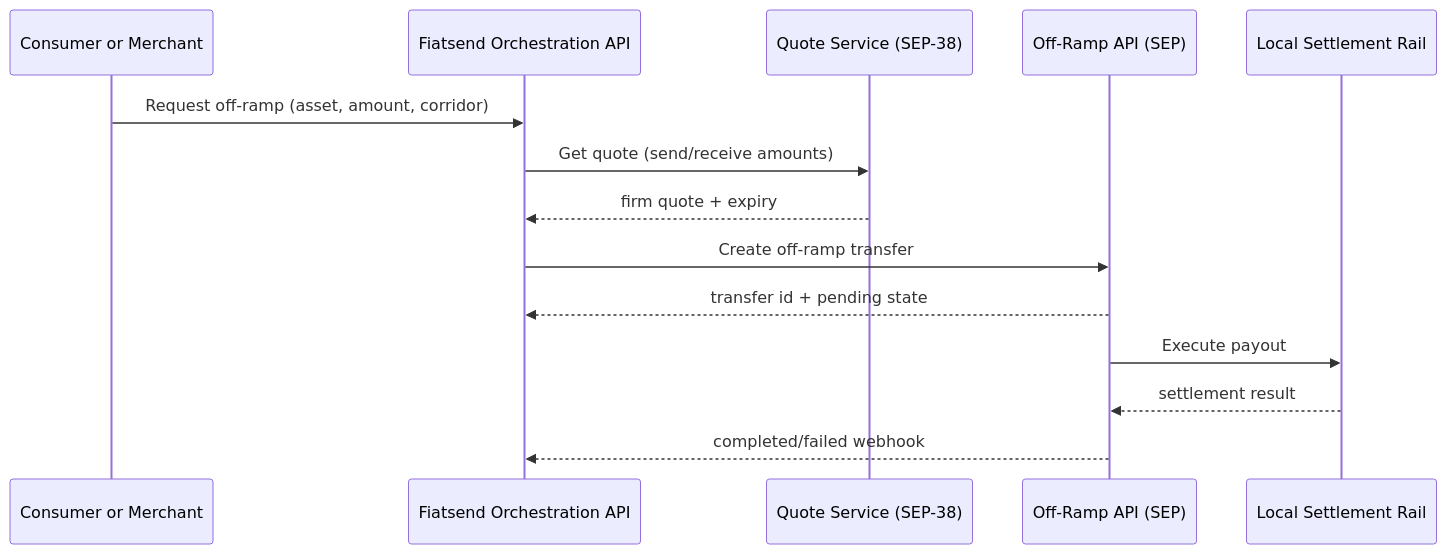
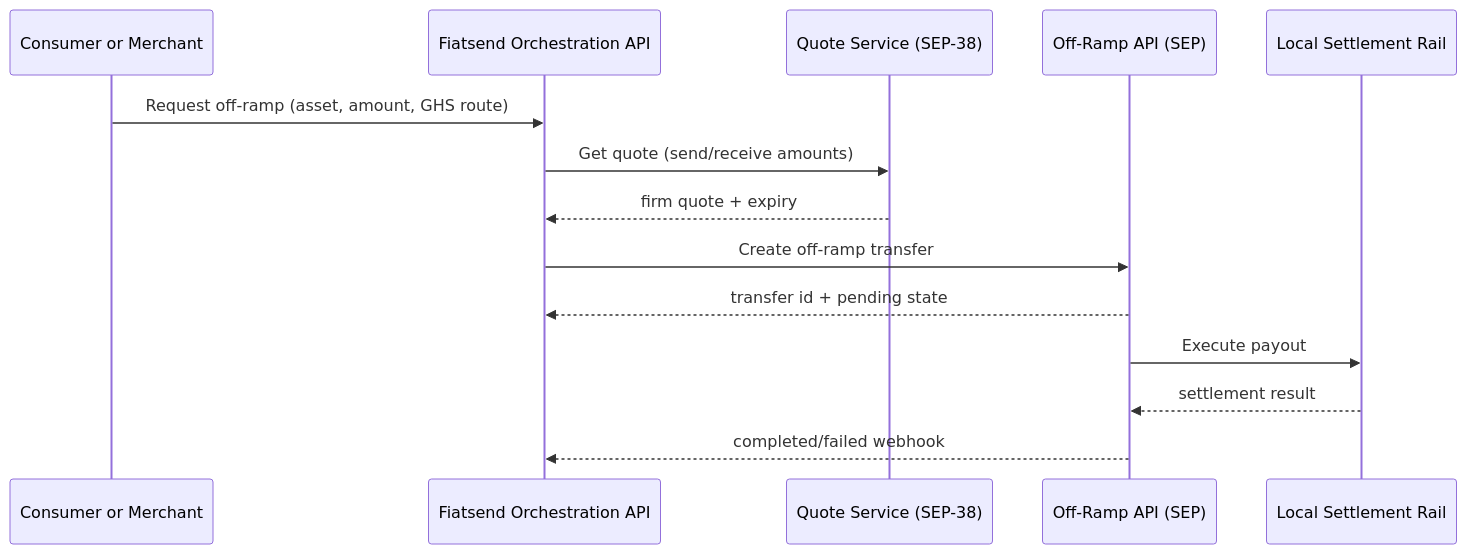
The second of 17 diagrams in Fiatsend-Technical-Architecture-SCF43-Integration.md (fiatsend/techical-achitecture), drawn with Mermaid before and after one commit. The commit also changed other lines of this file, not shown here.

````diff
--- a/Fiatsend-Technical-Architecture-SCF43-Integration.md
+++ b/Fiatsend-Technical-Architecture-SCF43-Integration.md
@@ -124,17 +122,17 @@
 ```mermaid
 sequenceDiagram
     participant User as Consumer or Merchant
     participant API as Fiatsend Orchestration API
     participant SEP38 as Quote Service (SEP-38)
     participant OffRamp as Off-Ramp API (SEP)
     participant Rail as Local Settlement Rail
 
-    User->>API: Request off-ramp (asset, amount, corridor)
+    User->>API: Request off-ramp (asset, amount, GHS route)
     API->>SEP38: Get quote (send/receive amounts)
     SEP38-->>API: firm quote + expiry
     API->>OffRamp: Create off-ramp transfer
     OffRamp-->>API: transfer id + pending state
     OffRamp->>Rail: Execute payout
     Rail-->>OffRamp: settlement result
     OffRamp-->>API: completed/failed webhook
 ```
````
